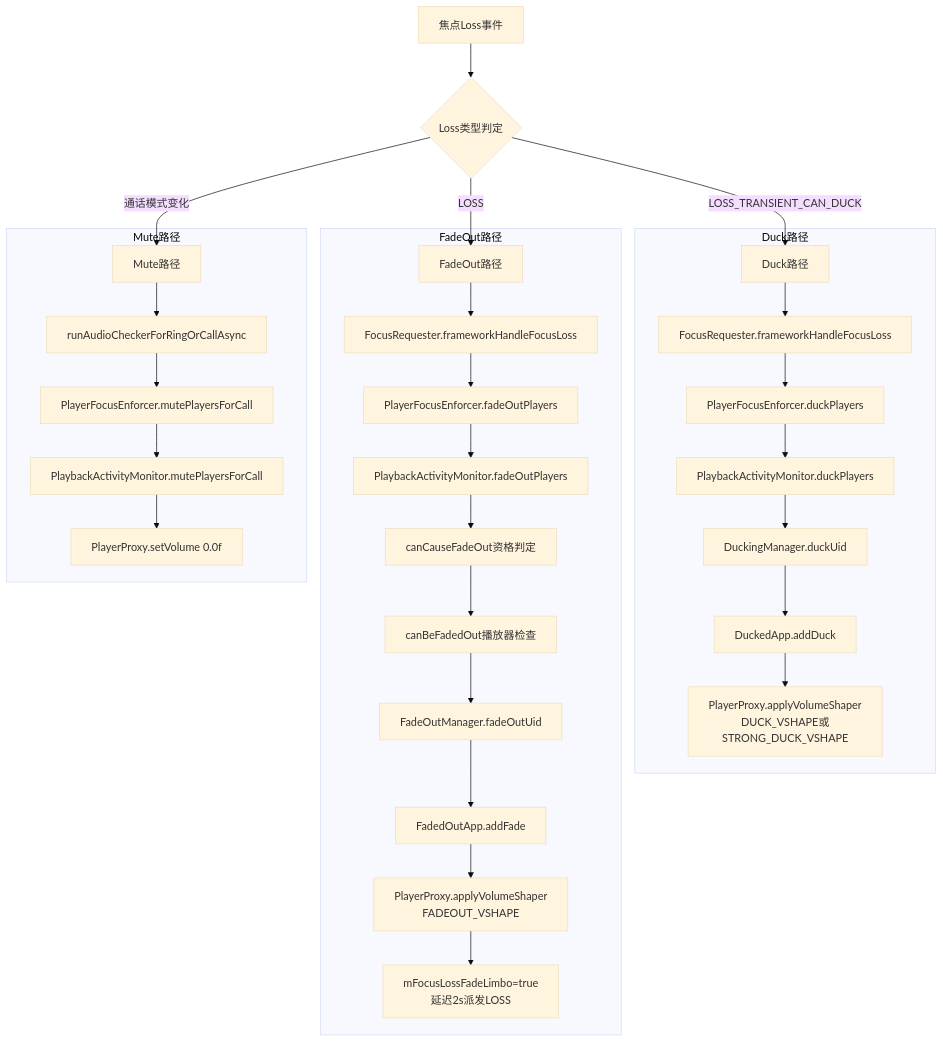
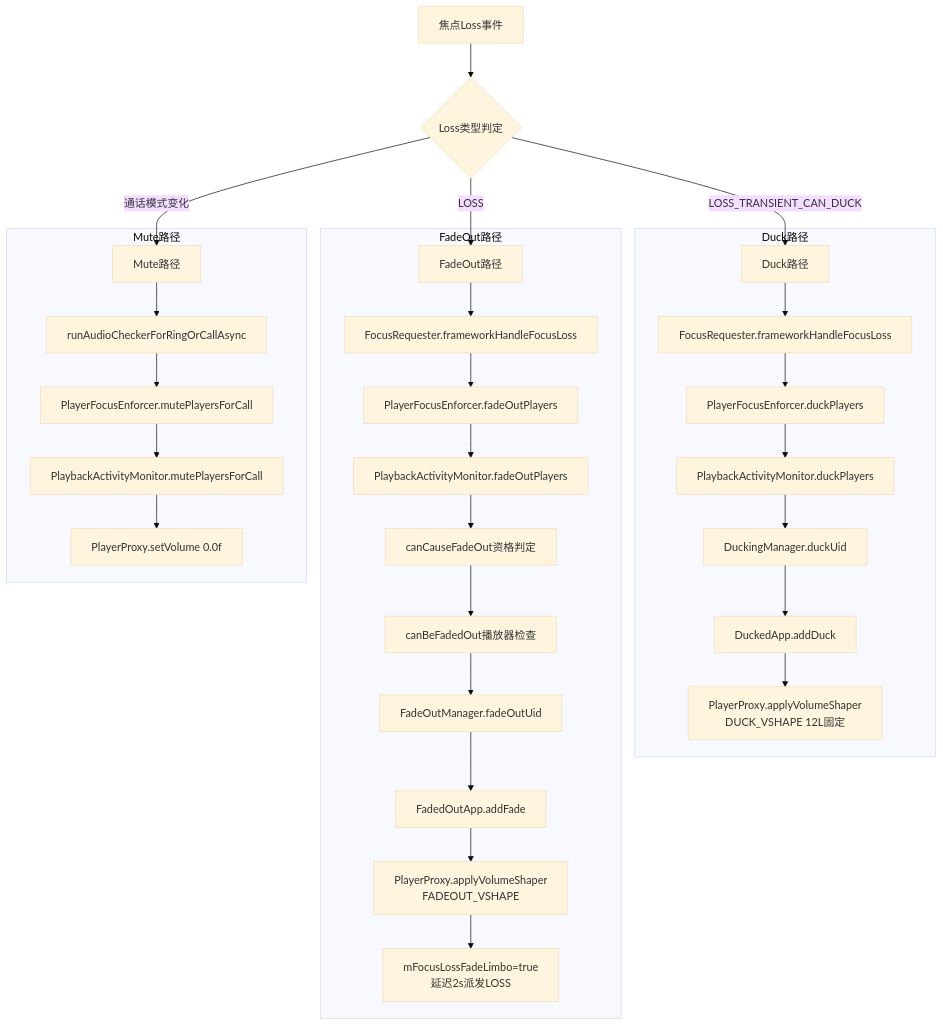
The first of 9 diagrams in 12_Audio_Focus_Deep_Dive/12_12.14_焦点与音量的联动机制.md (yanglinzhen1022/SA8295_AAOS_QNX_Audio_KnowledgeBase), drawn with Mermaid (base theme) before and after one commit. The commit also changed other lines of this file and 14 other files, not shown here.

````diff
--- a/12_Audio_Focus_Deep_Dive/12_12.14_焦点与音量的联动机制.md
+++ b/12_Audio_Focus_Deep_Dive/12_12.14_焦点与音量的联动机制.md
@@ -11,36 +11,36 @@
 ```mermaid
 flowchart TB
     FL[焦点Loss事件] --> FT{Loss类型判定}
 
     FT -->|LOSS_TRANSIENT_CAN_DUCK| DUCK[Duck路径]
     FT -->|LOSS| FADE[FadeOut路径]
     FT -->|通话模式变化| MUTE[Mute路径]
 
     subgraph Duck路径
         DUCK --> D1[FocusRequester.frameworkHandleFocusLoss]
         D1 --> D2[PlayerFocusEnforcer.duckPlayers]
         D2 --> D3[PlaybackActivityMonitor.duckPlayers]
         D3 --> D4[DuckingManager.duckUid]
         D4 --> D5[DuckedApp.addDuck]
-        D5 --> D6[PlayerProxy.applyVolumeShaper<br>DUCK_VSHAPE或STRONG_DUCK_VSHAPE]
+        D5 --> D6[PlayerProxy.applyVolumeShaper<br>DUCK_VSHAPE 12L固定]
     end
 
     subgraph FadeOut路径
         FADE --> F1[FocusRequester.frameworkHandleFocusLoss]
         F1 --> F2[PlayerFocusEnforcer.fadeOutPlayers]
         F2 --> F3[PlaybackActivityMonitor.fadeOutPlayers]
         F3 --> F4[canCauseFadeOut资格判定]
         F4 --> F5[canBeFadedOut播放器检查]
         F5 --> F6[FadeOutManager.fadeOutUid]
         F6 --> F7[FadedOutApp.addFade]
         F7 --> F8[PlayerProxy.applyVolumeShaper<br>FADEOUT_VSHAPE]
         F8 --> F9[mFocusLossFadeLimbo=true<br>延迟2s派发LOSS]
     end
 
     subgraph Mute路径
         MUTE --> M1[runAudioCheckerForRingOrCallAsync]
         M1 --> M2[PlayerFocusEnforcer.mutePlayersForCall]
         M2 --> M3[PlaybackActivityMonitor.mutePlayersForCall]
         M3 --> M4[PlayerProxy.setVolume 0.0f]
     end
 ```
````
